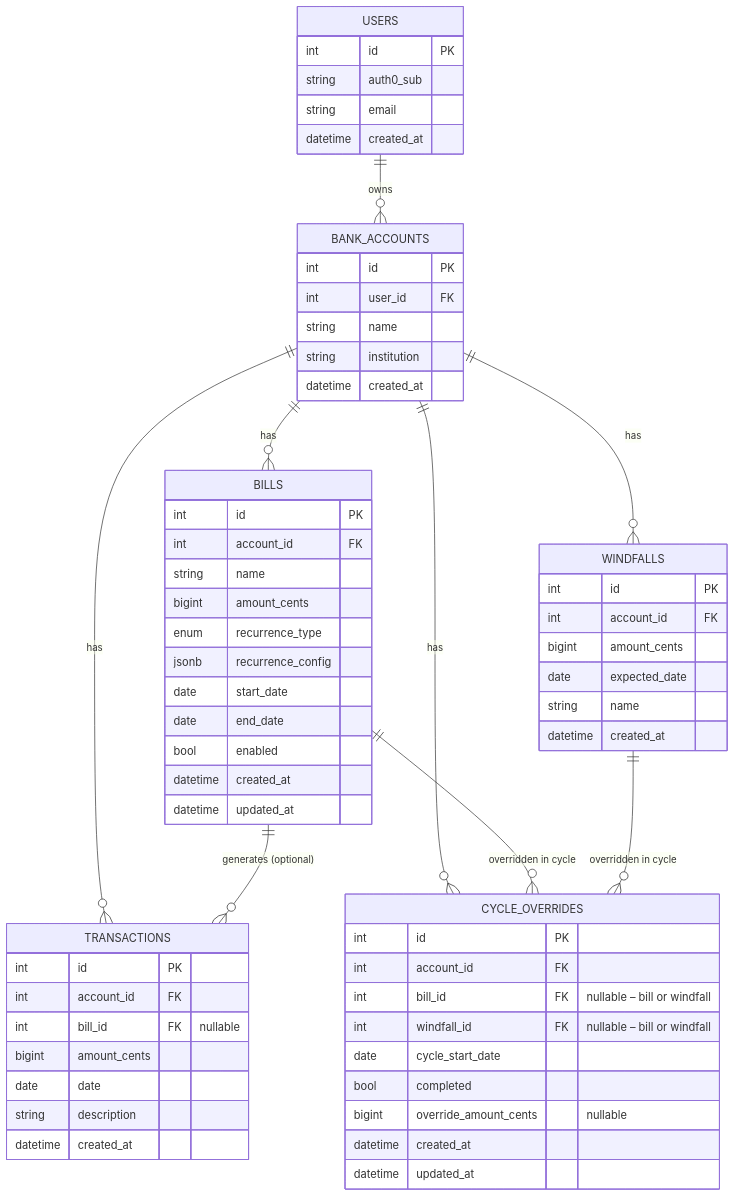
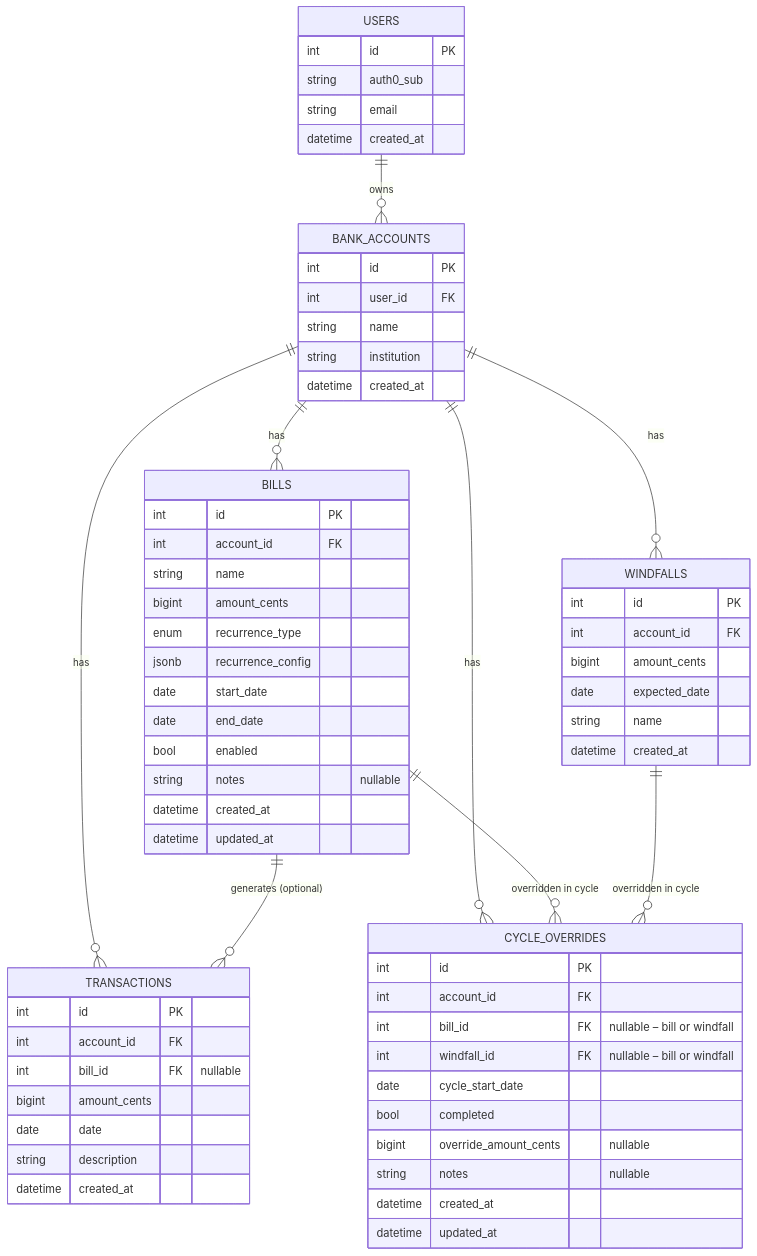
Before and after one commit to kenhowardpdx/tally: the diagram in docs/ROADMAP.md, drawn with Mermaid. The commit also changed other lines of this file, not shown here.

Commit message:
docs: add bill and override notes to roadmap

````diff
--- a/docs/ROADMAP.md
+++ b/docs/ROADMAP.md
@@ -79,66 +80,68 @@
 ```mermaid
 erDiagram
     USERS ||--o{ BANK_ACCOUNTS : owns
     BANK_ACCOUNTS ||--o{ BILLS : has
     BANK_ACCOUNTS ||--o{ TRANSACTIONS : has
     BANK_ACCOUNTS ||--o{ WINDFALLS : has
     BANK_ACCOUNTS ||--o{ CYCLE_OVERRIDES : has
     BILLS ||--o{ TRANSACTIONS : "generates (optional)"
     BILLS ||--o{ CYCLE_OVERRIDES : "overridden in cycle"
     WINDFALLS ||--o{ CYCLE_OVERRIDES : "overridden in cycle"
 
     USERS {
         int id PK
         string auth0_sub
         string email
         datetime created_at
     }
     BANK_ACCOUNTS {
         int id PK
         int user_id FK
         string name
         string institution
         datetime created_at
     }
     BILLS {
         int id PK
         int account_id FK
         string name
         bigint amount_cents
         enum recurrence_type
         jsonb recurrence_config
         date start_date
         date end_date
         bool enabled
+        string notes "nullable"
         datetime created_at
         datetime updated_at
     }
     TRANSACTIONS {
         int id PK
         int account_id FK
         int bill_id FK "nullable"
         bigint amount_cents
         date date
         string description
         datetime created_at
     }
     WINDFALLS {
         int id PK
         int account_id FK
         bigint amount_cents
         date expected_date
         string name
         datetime created_at
     }
     CYCLE_OVERRIDES {
         int id PK
         int account_id FK
         int bill_id FK "nullable – bill or windfall"
         int windfall_id FK "nullable – bill or windfall"
         date cycle_start_date
         bool completed
         bigint override_amount_cents "nullable"
+        string notes "nullable"
         datetime created_at
         datetime updated_at
     }
 ```
````
